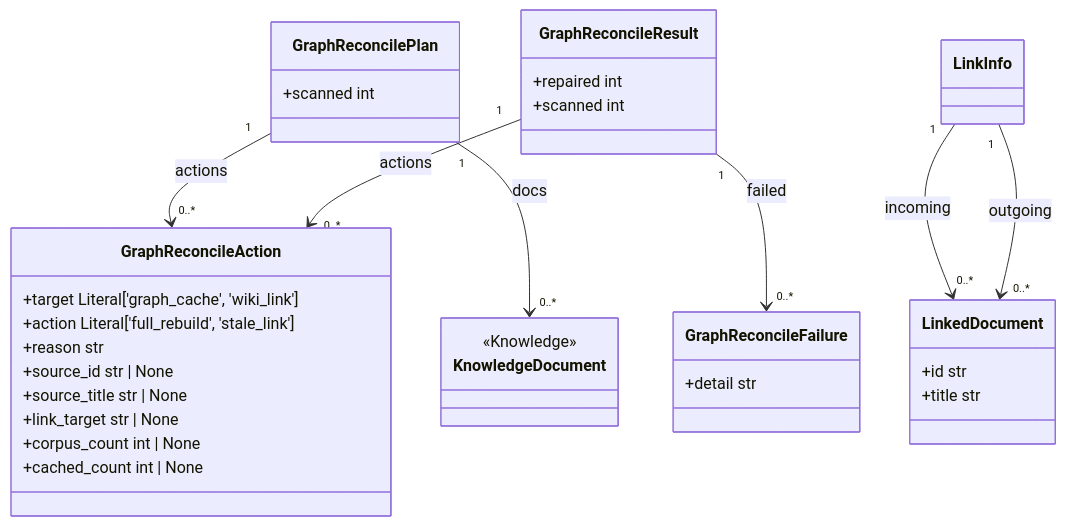
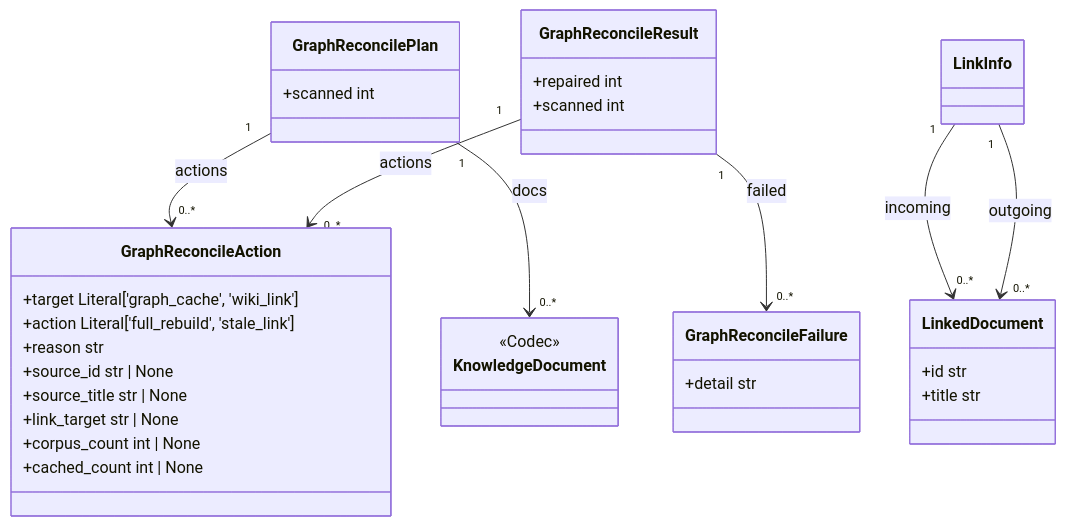
Before and after one commit to agent-lore/lithos: the fifth of 9 diagrams in docs/generated/domain_model.md, drawn with Mermaid. The commit also changed other lines of this file and 36 other files, not shown here.

````diff
--- a/docs/generated/domain_model.md
+++ b/docs/generated/domain_model.md
@@ -113,36 +157,36 @@
 ```mermaid
 classDiagram
   class GraphReconcileAction {
     +target Literal['graph_cache', 'wiki_link']
     +action Literal['full_rebuild', 'stale_link']
     +reason str
     +source_id str | None
     +source_title str | None
     +link_target str | None
     +corpus_count int | None
     +cached_count int | None
   }
   class GraphReconcileFailure {
     +detail str
   }
   class GraphReconcilePlan {
     +scanned int
   }
   class GraphReconcileResult {
     +repaired int
     +scanned int
   }
   class LinkInfo
   class LinkedDocument {
     +id str
     +title str
   }
   class KnowledgeDocument
-  <<Knowledge>> KnowledgeDocument
+  <<Codec>> KnowledgeDocument
   GraphReconcilePlan "1" --> "0..*" GraphReconcileAction : actions
   GraphReconcilePlan "1" --> "0..*" KnowledgeDocument : docs
   GraphReconcileResult "1" --> "0..*" GraphReconcileAction : actions
   GraphReconcileResult "1" --> "0..*" GraphReconcileFailure : failed
   LinkInfo "1" --> "0..*" LinkedDocument : incoming
   LinkInfo "1" --> "0..*" LinkedDocument : outgoing
 ```
````
